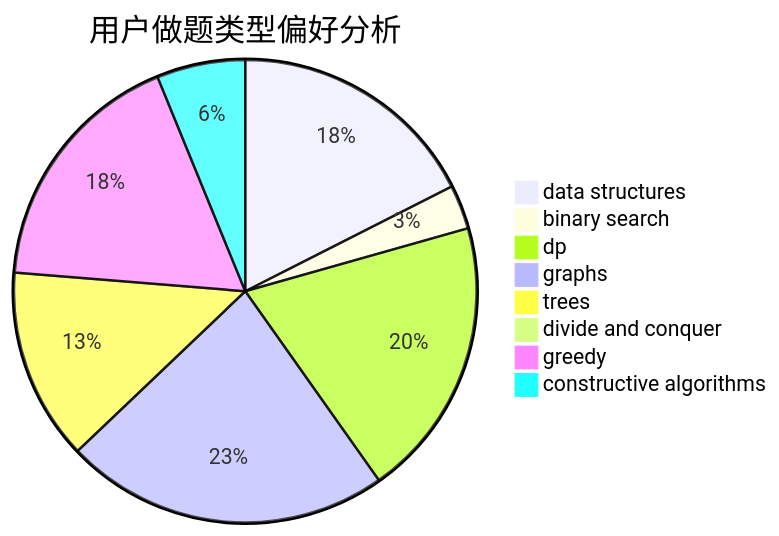
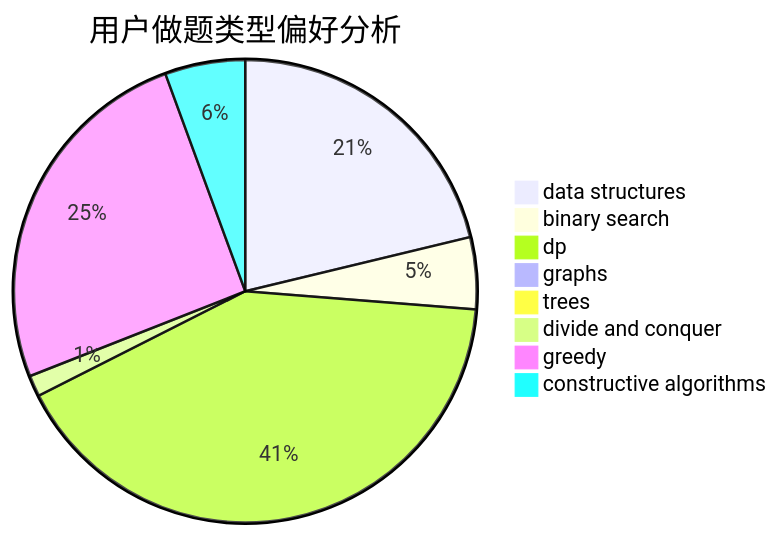
One commit to sherpahu/cfrs.github.io changed the second of 3 diagrams in docs/user/u2694.md. Above: the diagram before and after it, drawn with Mermaid. The commit also changed other lines of this file and 2770 other files, not shown here.

````diff
--- a/docs/user/u2694.md
+++ b/docs/user/u2694.md
@@ -23,11 +23,11 @@
 ```mermaid
 pie title 用户做题类型偏好分析
-    "data structures" :  17
-    "binary search" :  3
-    "dp" :  19
-    "graphs" :  22
-    "trees" :  13
-    "divide and conquer" :  0
-    "greedy" :  17
-    "constructive algorithms" :  6
+    "data structures" :  72
+    "binary search" :  17
+    "dp" :  140
+    "graphs" :  1
+    "trees" :  3
+    "divide and conquer" :  5
+    "greedy" :  86
+    "constructive algorithms" :  19
 ```
````
